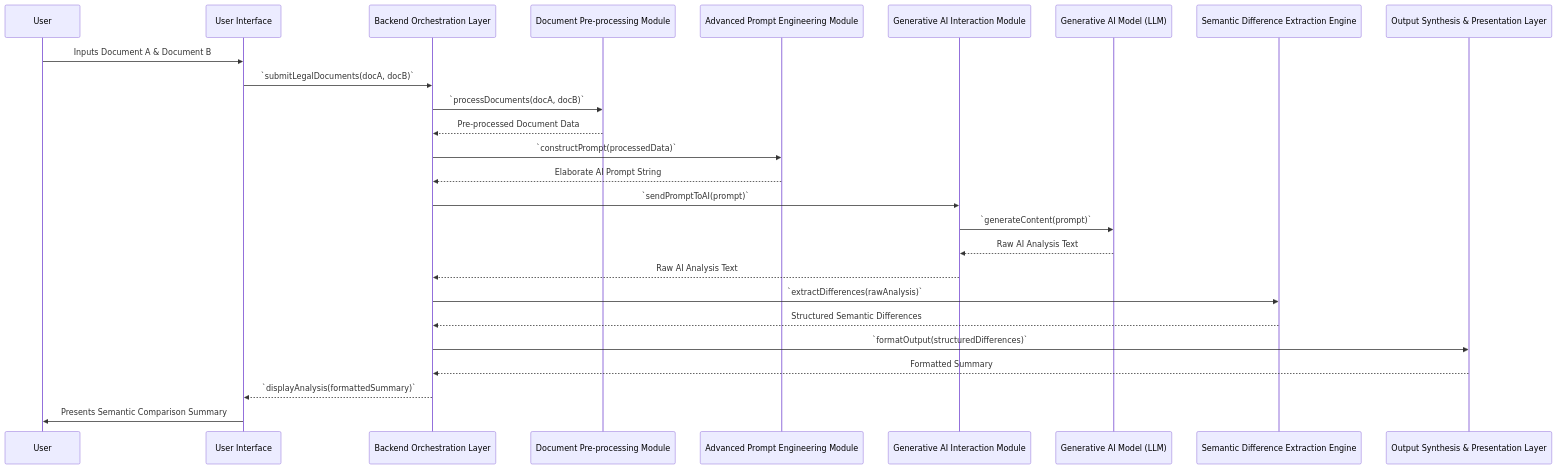
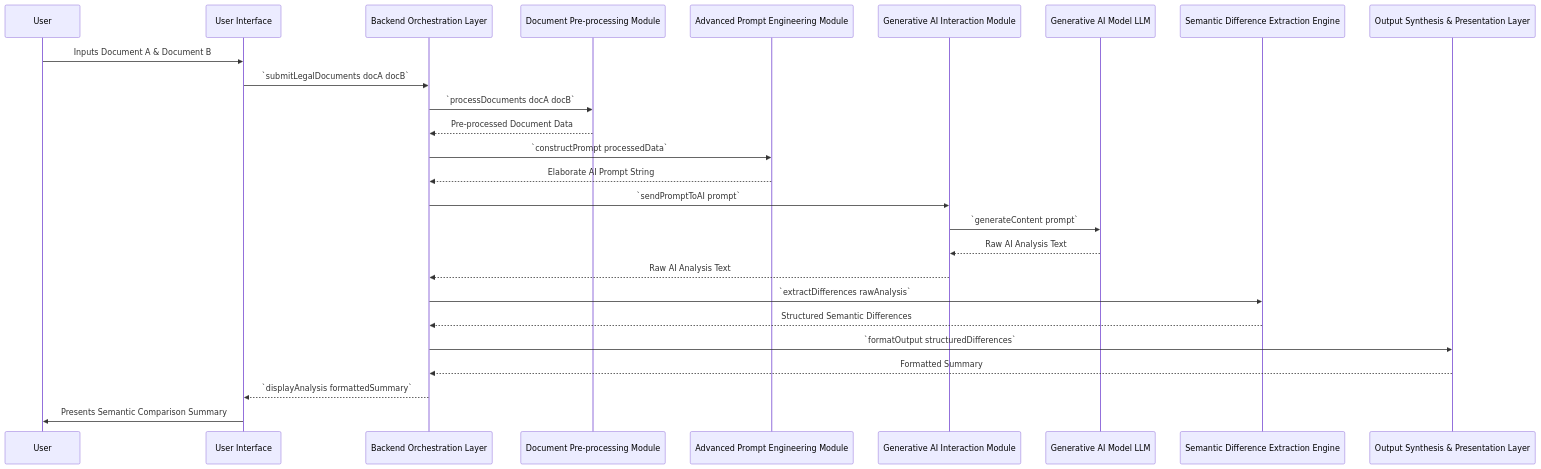
The second of 2 diagrams in inventions/021_ai_legal_document_comparison.md (diplomat-bit/Citibank_Demo_Business_Inc_Demonstration-), drawn with Mermaid before and after one commit. The commit also changed other lines of this file, not shown here.

Commit message:
[AI] Edit: inventions/021_ai_legal_document_comparison.md

````diff
--- a/inventions/021_ai_legal_document_comparison.md
+++ b/inventions/021_ai_legal_document_comparison.md
@@ -45,29 +45,29 @@
 ```mermaid
 sequenceDiagram
     participant User
     participant UI as User Interface
     participant BOL as Backend Orchestration Layer
     participant DPM as Document Pre-processing Module
     participant APEM as Advanced Prompt Engineering Module
     participant GAIIM as Generative AI Interaction Module
-    participant LLM as Generative AI Model (LLM)
+    participant LLM as Generative AI Model LLM
     participant SDEE as Semantic Difference Extraction Engine
     participant OSPL as Output Synthesis & Presentation Layer
 
     User->>UI: Inputs Document A & Document B
-    UI->>BOL: `submitLegalDocuments(docA, docB)`
-    BOL->>DPM: `processDocuments(docA, docB)`
+    UI->>BOL: `submitLegalDocuments docA docB`
+    BOL->>DPM: `processDocuments docA docB`
     DPM-->>BOL: Pre-processed Document Data
-    BOL->>APEM: `constructPrompt(processedData)`
+    BOL->>APEM: `constructPrompt processedData`
     APEM-->>BOL: Elaborate AI Prompt String
-    BOL->>GAIIM: `sendPromptToAI(prompt)`
-    GAIIM->>LLM: `generateContent(prompt)`
+    BOL->>GAIIM: `sendPromptToAI prompt`
+    GAIIM->>LLM: `generateContent prompt`
     LLM-->>GAIIM: Raw AI Analysis Text
     GAIIM-->>BOL: Raw AI Analysis Text
-    BOL->>SDEE: `extractDifferences(rawAnalysis)`
+    BOL->>SDEE: `extractDifferences rawAnalysis`
     SDEE-->>BOL: Structured Semantic Differences
-    BOL->>OSPL: `formatOutput(structuredDifferences)`
+    BOL->>OSPL: `formatOutput structuredDifferences`
     OSPL-->>BOL: Formatted Summary
-    BOL-->>UI: `displayAnalysis(formattedSummary)`
+    BOL-->>UI: `displayAnalysis formattedSummary`
     UI->>User: Presents Semantic Comparison Summary
 ```
````
